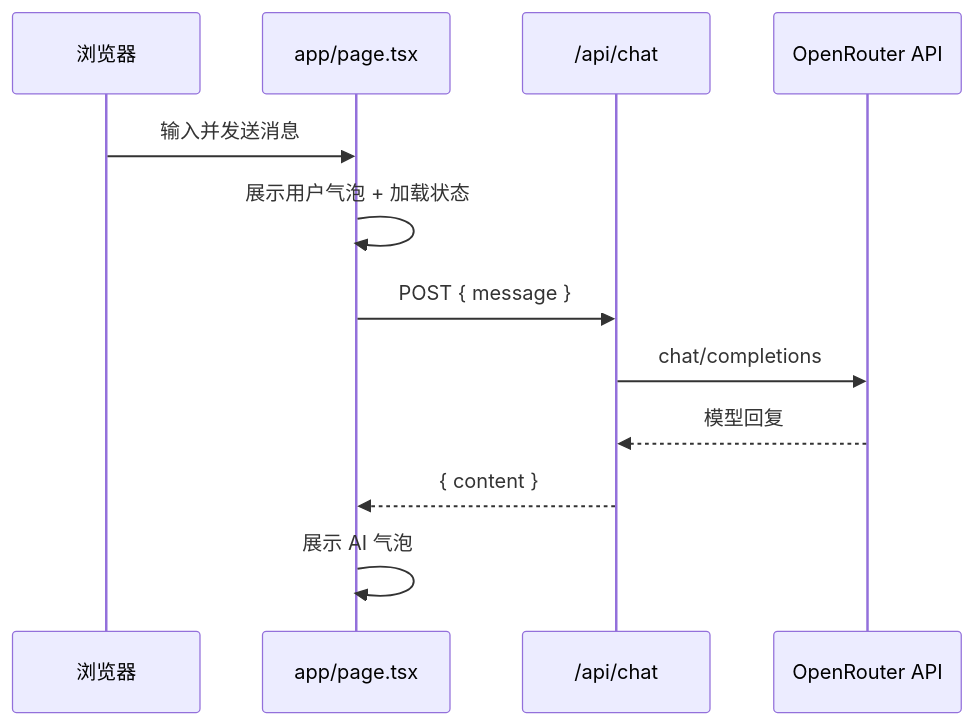
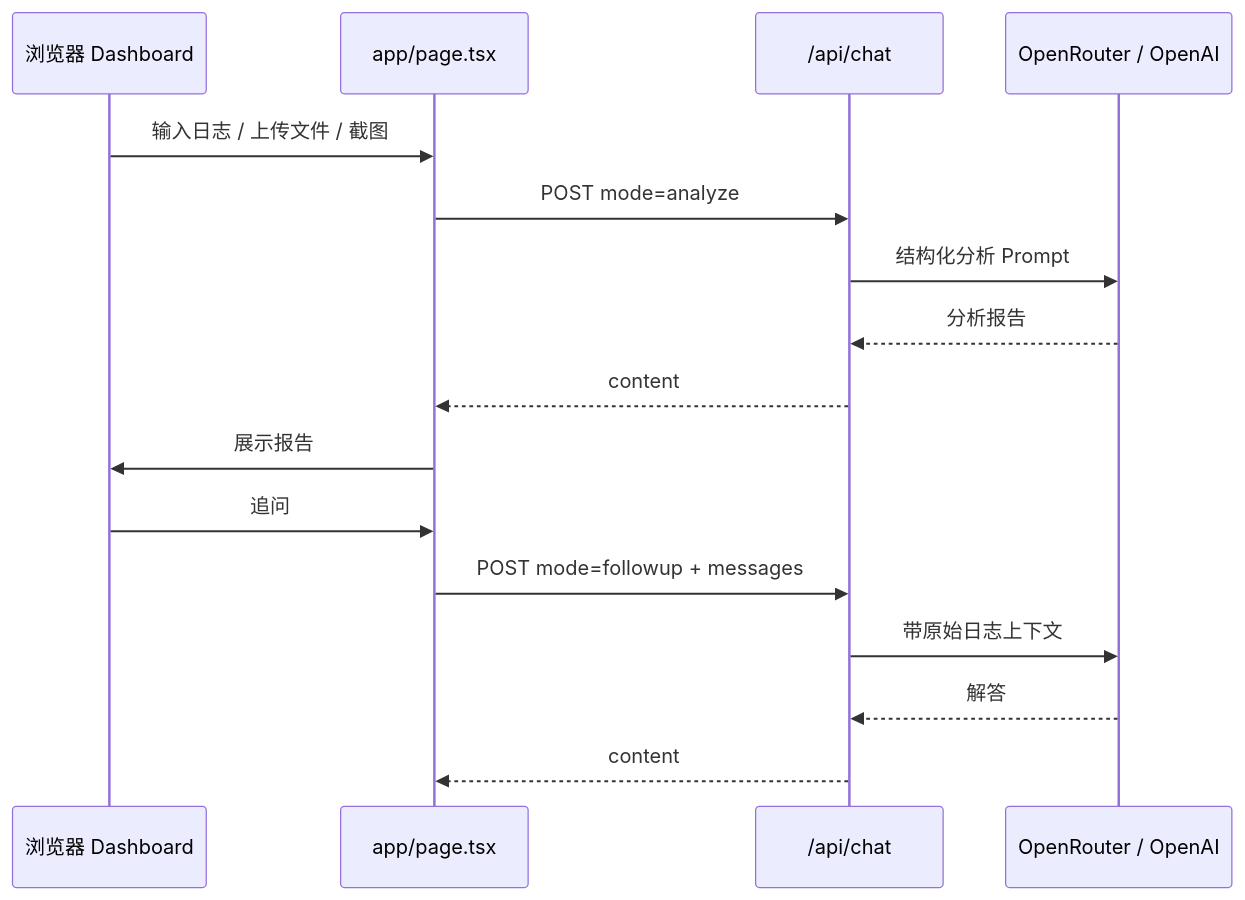
One commit to alongAox/ai-ops-toolkit changed the diagram in README.md. Above: the diagram before and after it, drawn with Mermaid. The commit also changed other lines of this file and 15 other files, not shown here.

````diff
--- a/README.md
+++ b/README.md
@@ -24,15 +51,20 @@
 ```mermaid
 sequenceDiagram
-  participant U as 浏览器
+  participant U as 浏览器 Dashboard
   participant P as app/page.tsx
   participant A as /api/chat
-  participant O as OpenRouter API
+  participant AI as OpenRouter / OpenAI
 
-  U->>P: 输入并发送消息
-  P->>P: 展示用户气泡 + 加载状态
-  P->>A: POST { message }
-  A->>O: chat/completions
-  O-->>A: 模型回复
-  A-->>P: { content }
-  P->>P: 展示 AI 气泡
+  U->>P: 输入日志 / 上传文件 / 截图
+  P->>A: POST mode=analyze
+  A->>AI: 结构化分析 Prompt
+  AI-->>A: 分析报告
+  A-->>P: content
+  P->>U: 展示报告
+
+  U->>P: 追问
+  P->>A: POST mode=followup + messages
+  A->>AI: 带原始日志上下文
+  AI-->>A: 解答
+  A-->>P: content
 ```
````
